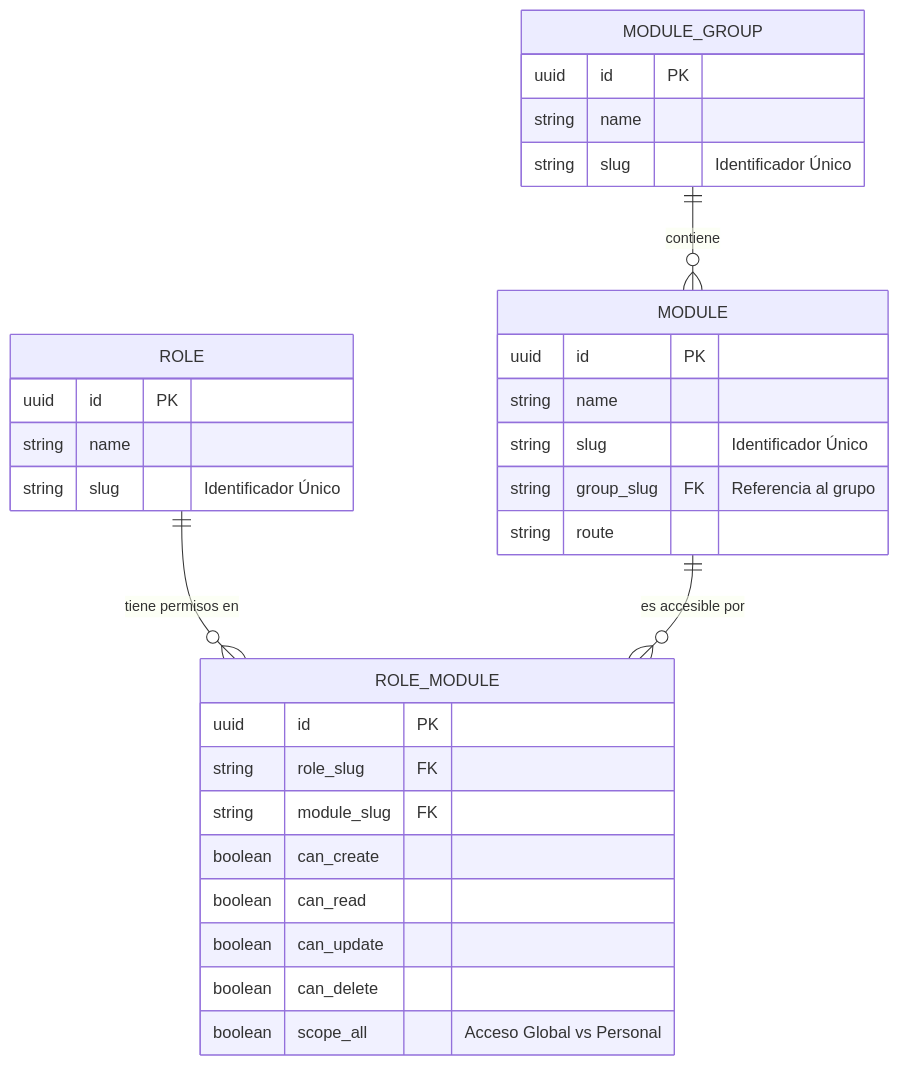
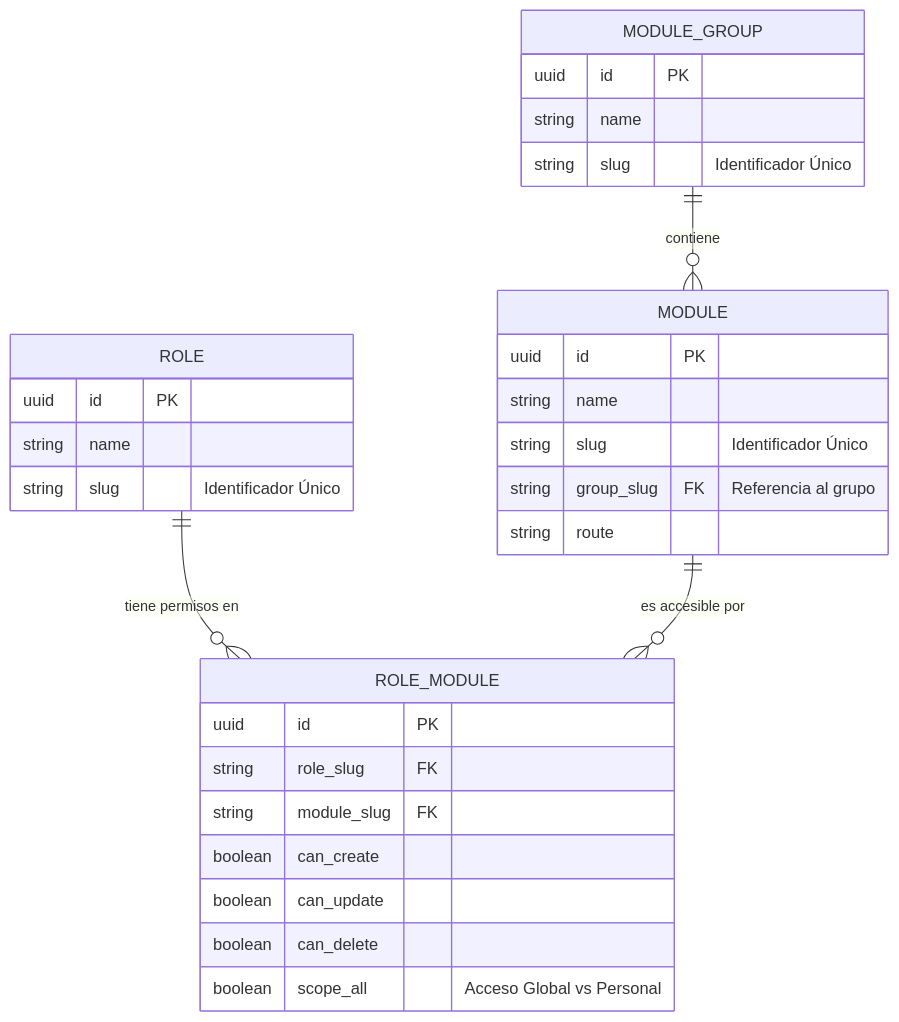
The diagram in docs/developer_guide/01_gestion_modulos_y_permisos.md (henrytaby/uyuni-backend-py), drawn with Mermaid before and after one commit. The commit also changed other lines of this file and 17 other files, not shown here.

Commit message:
docs: update architecture documentation to include dynamic modular catalogs and refine repository and RBAC guidelines

````diff
--- a/docs/developer_guide/01_gestion_modulos_y_permisos.md
+++ b/docs/developer_guide/01_gestion_modulos_y_permisos.md
@@ -18,37 +18,36 @@
 ```mermaid
 erDiagram
     MODULE_GROUP ||--o{ MODULE : "contiene"
     ROLE ||--o{ ROLE_MODULE : "tiene permisos en"
     MODULE ||--o{ ROLE_MODULE : "es accesible por"
 
     MODULE_GROUP {
         uuid id PK
         string name
         string slug "Identificador Único"
     }
     
     MODULE {
         uuid id PK
         string name
         string slug "Identificador Único"
         string group_slug FK "Referencia al grupo"
         string route
     }
     
     ROLE {
         uuid id PK
         string name
         string slug "Identificador Único"
     }
     
     ROLE_MODULE {
         uuid id PK
         string role_slug FK
         string module_slug FK
         boolean can_create
-        boolean can_read
         boolean can_update
         boolean can_delete
         boolean scope_all "Acceso Global vs Personal"
     }
 ```
````
